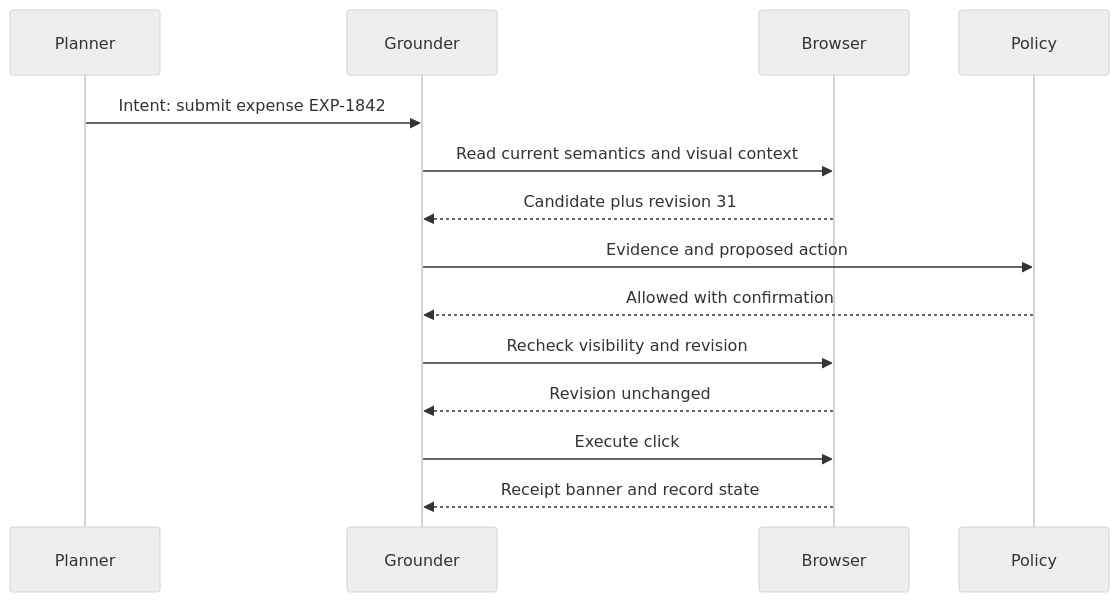
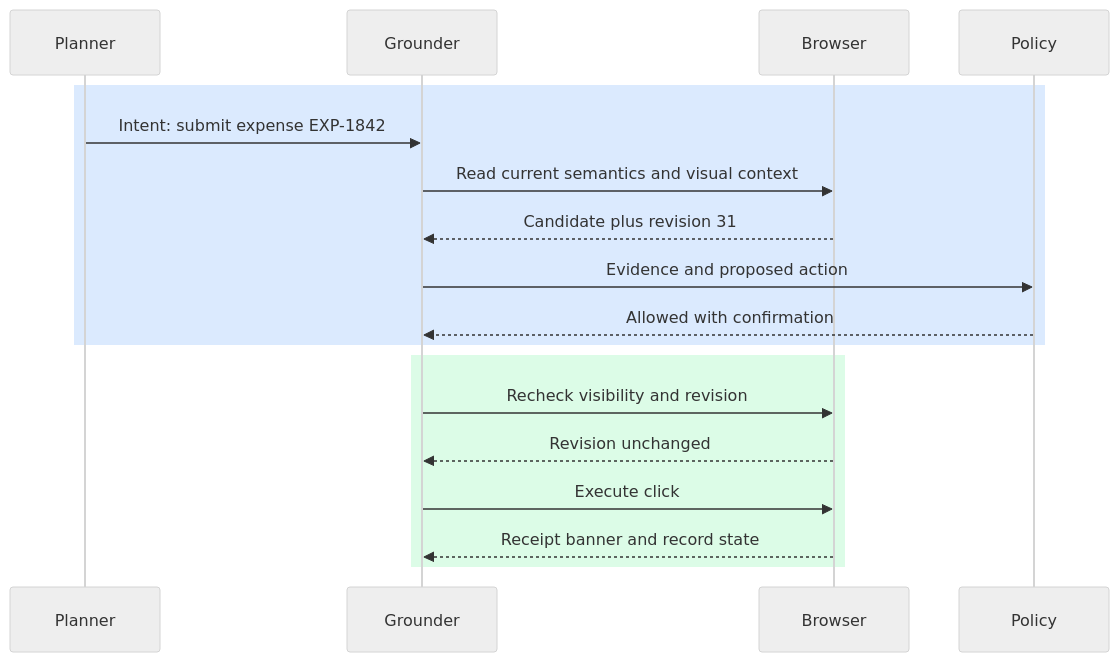
The second of 2 diagrams in months/2026-07/12-ui-state-grounding.md (souradeepta/ai-monthly-concepts), drawn with Mermaid (neutral theme) before and after one commit. The commit also changed 9 other files, not shown here.

````diff
--- a/months/2026-07/12-ui-state-grounding.md
+++ b/months/2026-07/12-ui-state-grounding.md
@@ -80,16 +80,20 @@
 ```mermaid
 sequenceDiagram
   participant P as Planner
   participant G as Grounder
   participant B as Browser
   participant C as Policy
-  P->>G: Intent: submit expense EXP-1842
-  G->>B: Read current semantics and visual context
-  B-->>G: Candidate plus revision 31
-  G->>C: Evidence and proposed action
-  C-->>G: Allowed with confirmation
-  G->>B: Recheck visibility and revision
-  B-->>G: Revision unchanged
-  G->>B: Execute click
-  B-->>G: Receipt banner and record state
+  rect rgb(219, 234, 254)
+    P->>G: Intent: submit expense EXP-1842
+    G->>B: Read current semantics and visual context
+    B-->>G: Candidate plus revision 31
+    G->>C: Evidence and proposed action
+    C-->>G: Allowed with confirmation
+  end
+  rect rgb(220, 252, 231)
+    G->>B: Recheck visibility and revision
+    B-->>G: Revision unchanged
+    G->>B: Execute click
+    B-->>G: Receipt banner and record state
+  end
 ```
````
